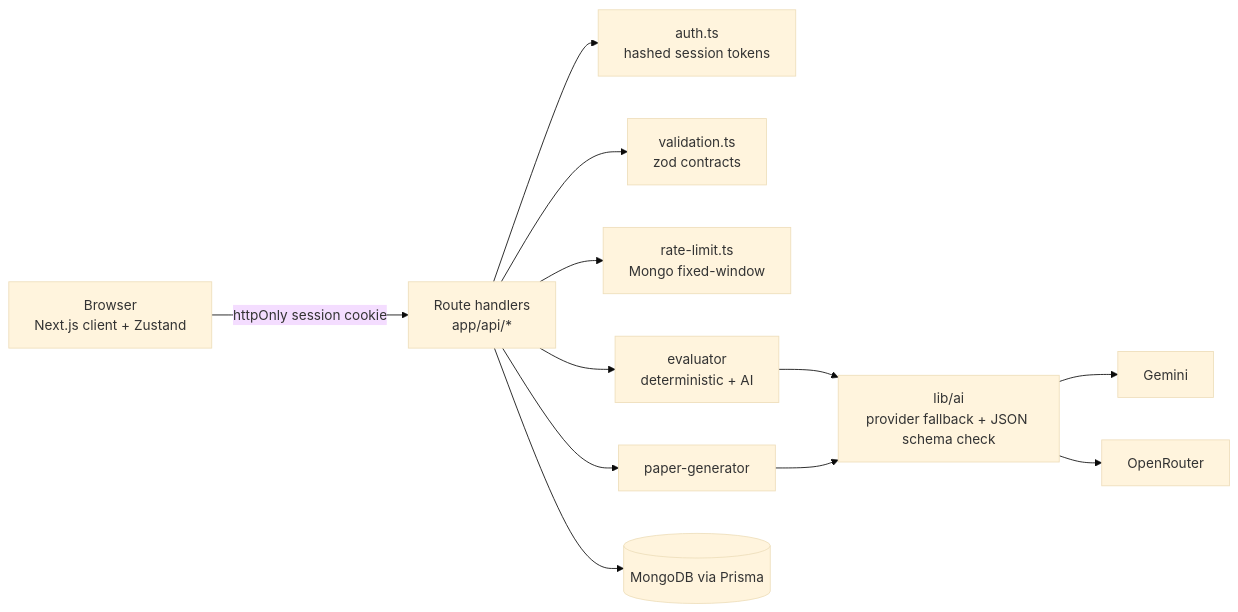
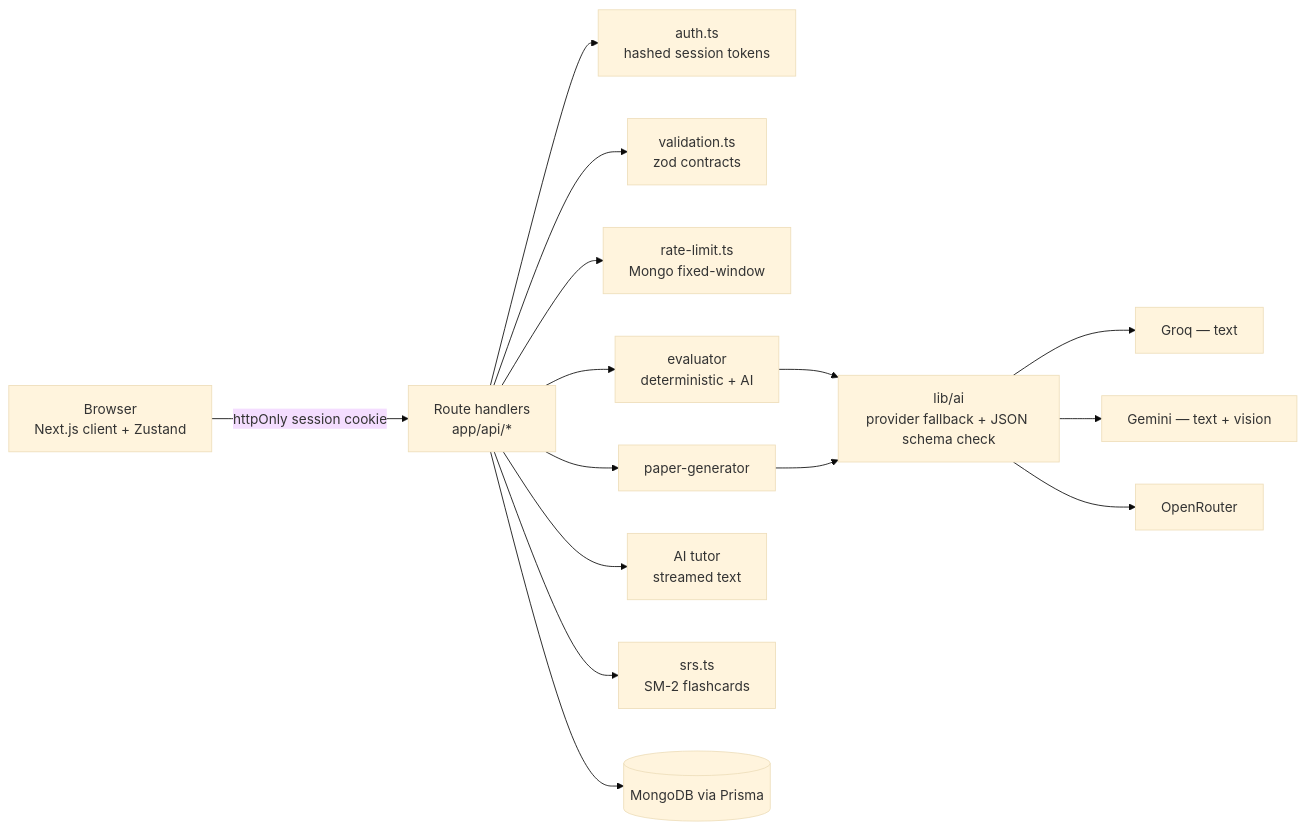
One commit to jateenyadav/Exam-AI changed the diagram in README.md. Above: the diagram before and after it, drawn with Mermaid (base theme). The commit also changed other lines of this file and 48 other files, not shown here.

````diff
--- a/README.md
+++ b/README.md
@@ -30,13 +35,16 @@
 ```mermaid
 flowchart LR
   B[Browser<br/>Next.js client + Zustand] -- httpOnly session cookie --> R[Route handlers<br/>app/api/*]
   R --> A[auth.ts<br/>hashed session tokens]
   R --> V[validation.ts<br/>zod contracts]
   R --> L[rate-limit.ts<br/>Mongo fixed-window]
   R --> E[evaluator<br/>deterministic + AI]
   R --> P[paper-generator]
   E & P --> AI[lib/ai<br/>provider fallback + JSON schema check]
-  AI --> G[Gemini]
+  AI --> Q[Groq — text]
+  AI --> G[Gemini — text + vision]
   AI --> O[OpenRouter]
+  R --> T[AI tutor<br/>streamed text]
+  R --> S[srs.ts<br/>SM-2 flashcards]
   R --> D[(MongoDB via Prisma)]
 ```
````
